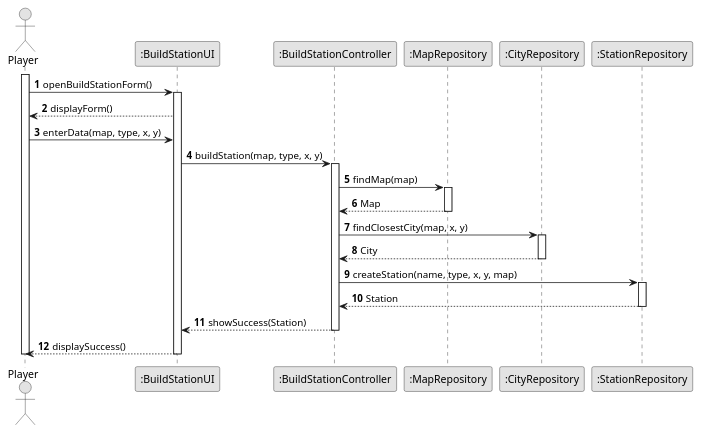
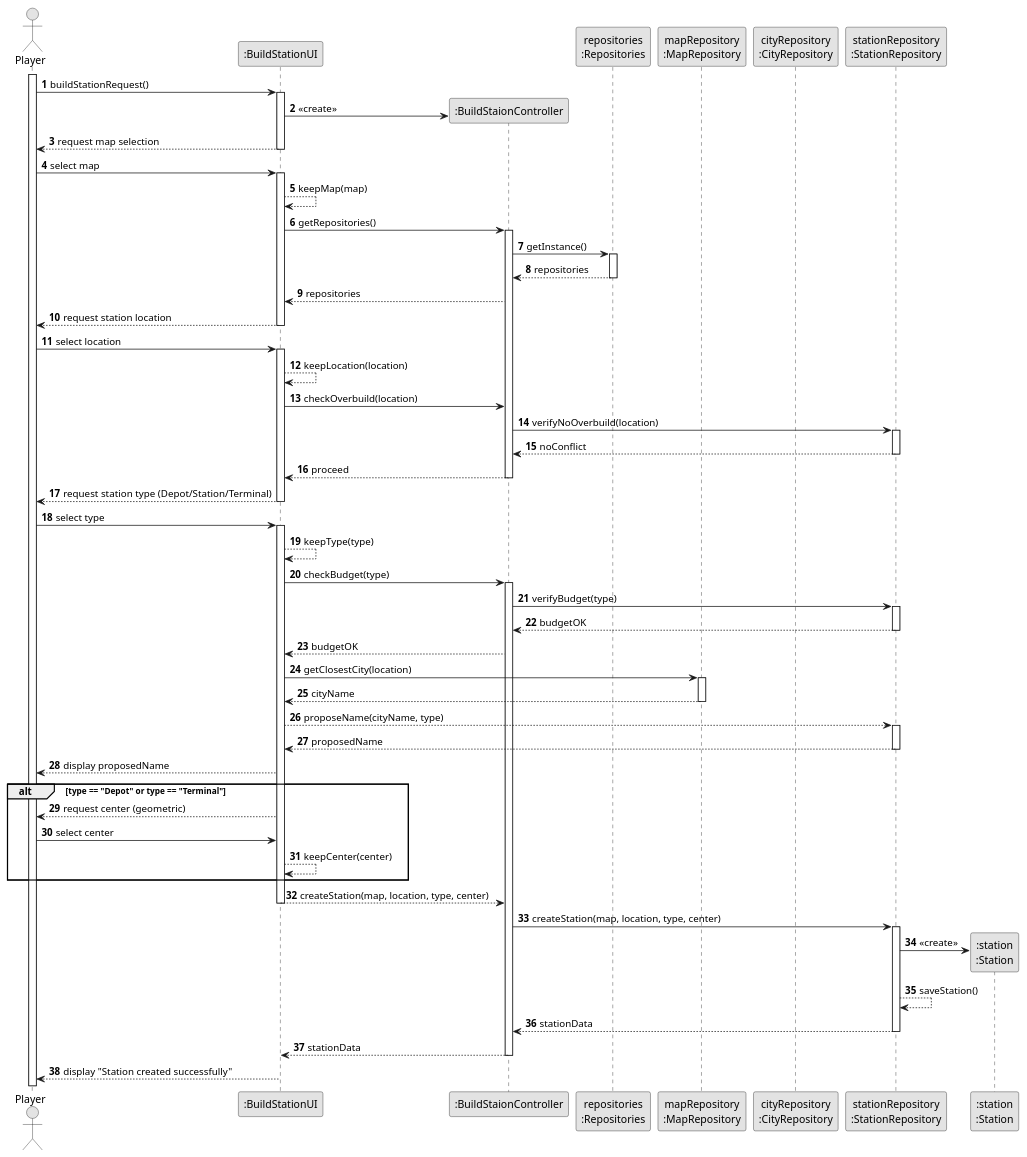
Before and after one commit to goncalolopesp/sem2-pi-24.25-g093-repo: the diagram in docs/system-documentation/US005/03.design/puml/US005-SD.puml, drawn with PlantUML. The commit also changed 7 other files, not shown here.

```diff
--- a/docs/system-documentation/US005/03.design/puml/US005-SD.puml
+++ b/docs/system-documentation/US005/03.design/puml/US005-SD.puml
@@ -1,44 +1,103 @@
 @startuml US005-SD
 skinparam monochrome true
 skinparam packageStyle rectangle
 skinparam shadowing false
+
 autonumber
 
 actor "Player" as Player
-participant ":BuildStationUI" as BuildUI
-participant ":BuildStationController" as BuildController
-participant ":MapRepository" as MapRepo
-participant ":CityRepository" as CityRepo
-participant ":StationRepository" as StationRepo
+participant ":BuildStationUI" as BuildStationUI
+
 
 activate Player
-Player -> BuildUI: openBuildStationForm()
-activate BuildUI
-BuildUI --> Player: displayForm()
 
-Player -> BuildUI: enterData(map, type, x, y)
-BuildUI -> BuildController: buildStation(map, type, x, y)
-activate BuildController
+Player -> BuildStationUI : buildStationRequest()
+create ":BuildStaionController" as BuildStationController
+activate BuildStationUI
+BuildStationUI -> BuildStationController: <<create>>
+participant "repositories\n:Repositories" as Repositories
+participant "mapRepository\n:MapRepository" as MapRepository
+participant "cityRepository\n:CityRepository" as CityRepository
+participant "stationRepository\n:StationRepository" as StationRepository
 
-BuildController -> MapRepo: findMap(map)
-activate MapRepo
-MapRepo --> BuildController: Map
-deactivate MapRepo
 
-BuildController -> CityRepo: findClosestCity(map, x, y)
-activate CityRepo
-CityRepo --> BuildController: City
-deactivate CityRepo
+BuildStationUI --> Player : request map selection
+deactivate BuildStationUI
+Player -> BuildStationUI : select map
+activate BuildStationUI
+BuildStationUI --> BuildStationUI : keepMap(map)
 
-BuildController -> StationRepo: createStation(name, type, x, y, map)
-activate StationRepo
-StationRepo --> BuildController: Station
-deactivate StationRepo
 
-BuildController --> BuildUI: showSuccess(Station)
-deactivate BuildController
+BuildStationUI -> BuildStationController : getRepositories()
+activate BuildStationController
+BuildStationController -> Repositories : getInstance()
+activate Repositories
+Repositories --> BuildStationController : repositories
+deactivate Repositories
+BuildStationController --> BuildStationUI : repositories
 
-BuildUI --> Player: displaySuccess()
-deactivate BuildUI
-deactivate Player
+BuildStationUI --> Player : request station location
+deactivate BuildStationUI
+Player -> BuildStationUI : select location
+activate BuildStationUI
+BuildStationUI --> BuildStationUI : keepLocation(location)
+
+BuildStationUI -> BuildStationController : checkOverbuild(location)
+BuildStationController -> StationRepository : verifyNoOverbuild(location)
+activate StationRepository
+StationRepository --> BuildStationController : noConflict
+deactivate StationRepository
+
+BuildStationController --> BuildStationUI : proceed
+deactivate BuildStationController
+BuildStationUI --> Player : request station type (Depot/Station/Terminal)
+deactivate BuildStationUI
+Player -> BuildStationUI : select type
+activate BuildStationUI
+BuildStationUI --> BuildStationUI : keepType(type)
+
+BuildStationUI -> BuildStationController : checkBudget(type)
+activate BuildStationController
+BuildStationController -> StationRepository : verifyBudget(type)
+
+activate StationRepository
+StationRepository --> BuildStationController : budgetOK
+deactivate StationRepository
+BuildStationController --> BuildStationUI : budgetOK
+
+
+
+BuildStationUI -> MapRepository : getClosestCity(location)
+activate MapRepository
+MapRepository --> BuildStationUI : cityName
+deactivate MapRepository
+BuildStationUI --> StationRepository : proposeName(cityName, type)
+activate StationRepository
+StationRepository --> BuildStationUI : proposedName
+deactivate StationRepository
+BuildStationUI --> Player : display proposedName
+
+alt type == "Depot" or type == "Terminal"
+  BuildStationUI --> Player : request center (geometric)
+  Player -> BuildStationUI : select center
+  BuildStationUI --> BuildStationUI : keepCenter(center)
+end
+
+BuildStationUI --> BuildStationController : createStation(map, location, type, center)
+deactivate BuildStationUI
+BuildStationController -> StationRepository : createStation(map, location, type, center)
+activate StationRepository
+create ":station\n:Station" as Station
+
+StationRepository -> Station: <<create>>
+
+StationRepository --> StationRepository : saveStation()
+StationRepository --> BuildStationController : stationData
+deactivate StationRepository
+
+BuildStationController --> BuildStationUI : stationData
+deactivate BuildStationController
+
+BuildStationUI --> Player : display "Station created successfully"
+deactivate BuildStationUI
 @enduml
```
